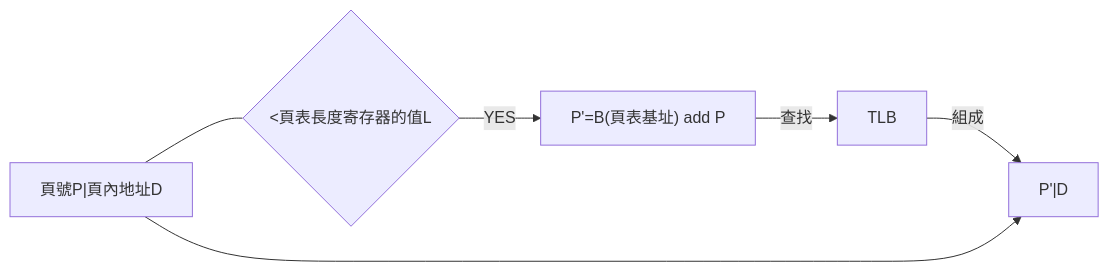
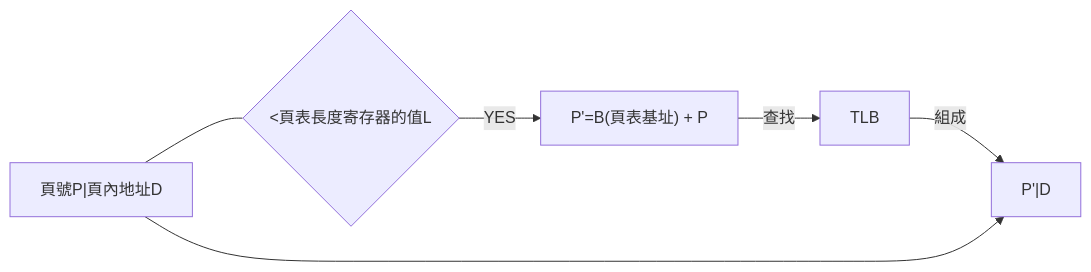
Before and after one commit to chchoiw/chchoiw.github.io: the fifth of 6 diagrams in _posts/2021-08-04-operating_system.md, drawn with Mermaid.

````diff
--- a/_posts/2021-08-04-operating_system.md
+++ b/_posts/2021-08-04-operating_system.md
@@ -237,9 +237,9 @@
 ```mermaid
 graph LR
 P["頁號P|頁內地址D"]
 P---L{<頁表長度寄存器的值L}
-L--YES-->C["P'=B(頁表基址) add P"]
+L--YES-->C["P'=B(頁表基址) + P"]
 C--查找-->T[TLB]
 T--組成-->G["P'|D"]
 P-->G
 ```
````
